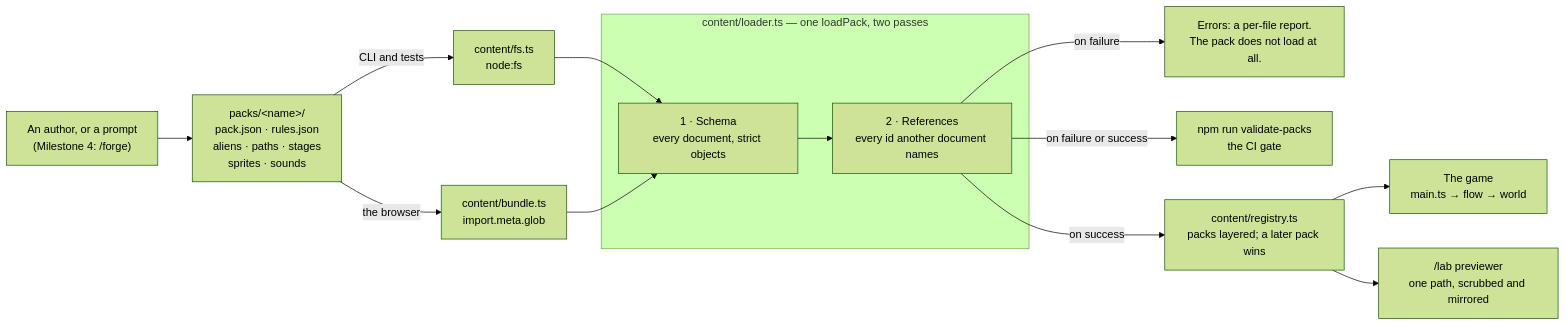
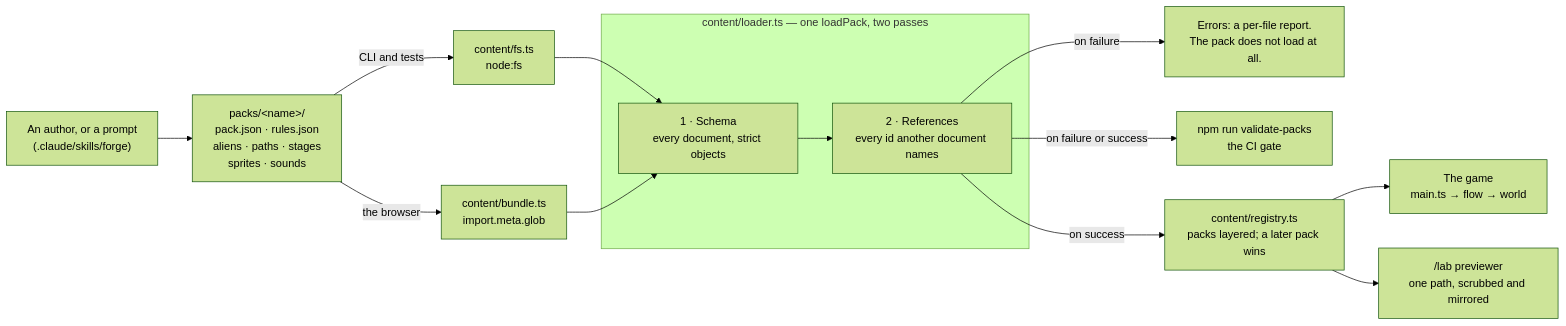
One commit to sgwoods/star-swarm changed the second of 3 diagrams in docs/ARCHITECTURE.md. Above: the diagram before and after it, drawn with Mermaid (forest theme). The commit also changed other lines of this file and 32 other files, not shown here.

````diff
--- a/docs/ARCHITECTURE.md
+++ b/docs/ARCHITECTURE.md
@@ -549,30 +550,30 @@
 ```mermaid
 flowchart LR
-    author["An author, or a prompt<br/>(Milestone 4: /forge)"]
+    author["An author, or a prompt<br/>(.claude/skills/forge)"]
     docs["packs/&lt;name&gt;/<br/>pack.json · rules.json<br/>aliens · paths · stages<br/>sprites · sounds"]
     fs["content/fs.ts<br/>node:fs"]
     bundle["content/bundle.ts<br/>import.meta.glob"]
 
     subgraph load["content/loader.ts — one loadPack, two passes"]
         pass1["1 · Schema<br/>every document, strict objects"]
         pass2["2 · References<br/>every id another document names"]
     end
 
     err["Errors: a per-file report.<br/>The pack does not load at all."]
     gate["npm run validate-packs<br/>the CI gate"]
     reg["content/registry.ts<br/>packs layered; a later pack wins"]
     game["The game<br/>main.ts → flow → world"]
     lab["/lab previewer<br/>one path, scrubbed and mirrored"]
 
     author --> docs
     docs -- "CLI and tests" --> fs
     docs -- "the browser" --> bundle
     fs --> pass1
     bundle --> pass1
     pass1 --> pass2
     pass2 -- "on failure" --> err
     pass2 -- "on failure or success" --> gate
     pass2 -- "on success" --> reg
     reg --> game
     reg --> lab
 ```
````
